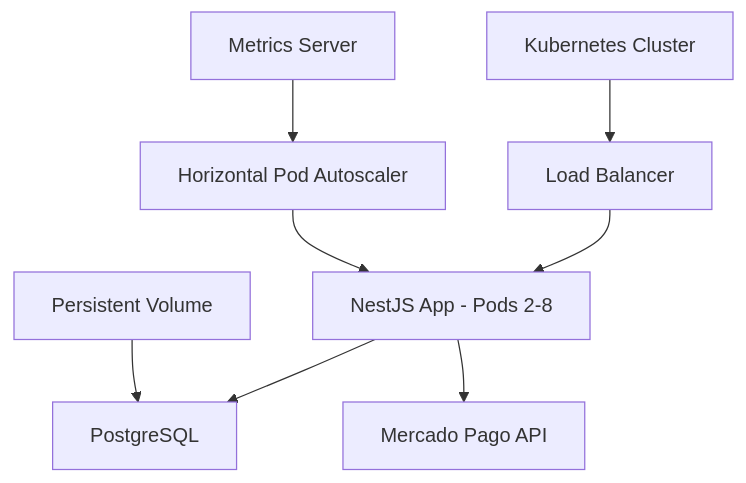
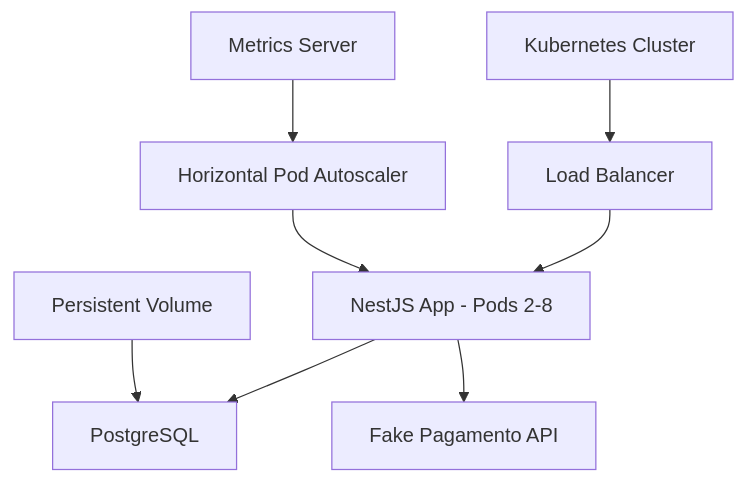
Before and after one commit to FIAP-Tech-Challange/microservice-customer-payment: the diagram in README.md, drawn with Mermaid. The commit also changed other lines of this file, not shown here.

Commit message:
chore: just add fake payment in doc

````diff
--- a/README.md
+++ b/README.md
@@ -36,10 +36,10 @@
 ```mermaid
 graph TD
     A[Load Balancer] --> B[NestJS App - Pods 2-8]
     B --> C[PostgreSQL]
-    B --> D[Mercado Pago API]
+    B --> D[Fake Pagamento API]
     E[Horizontal Pod Autoscaler] --> B
     F[Metrics Server] --> E
     G[Kubernetes Cluster] --> A
     H[Persistent Volume] --> C
 ```
````
